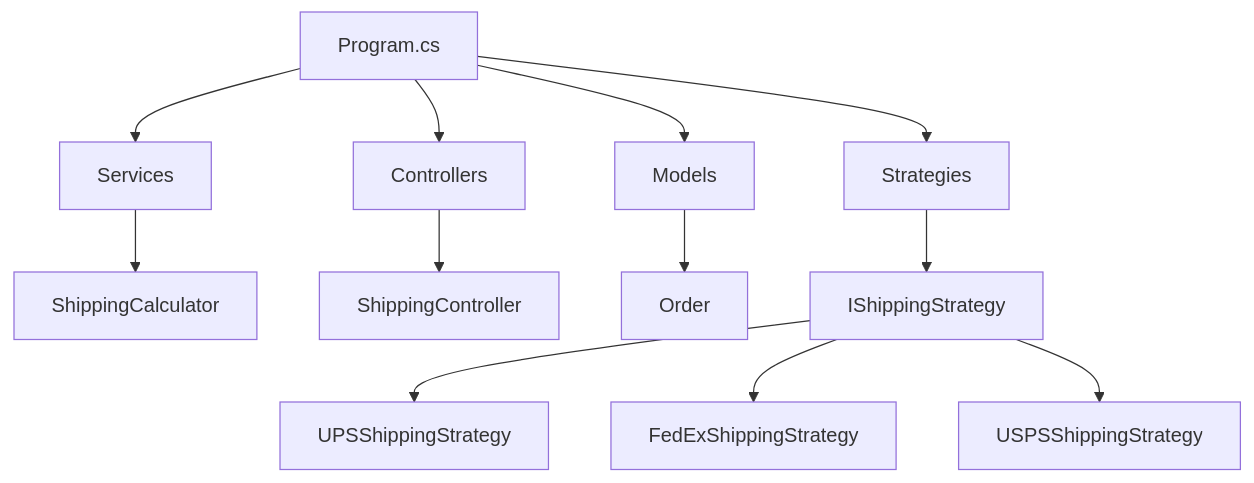
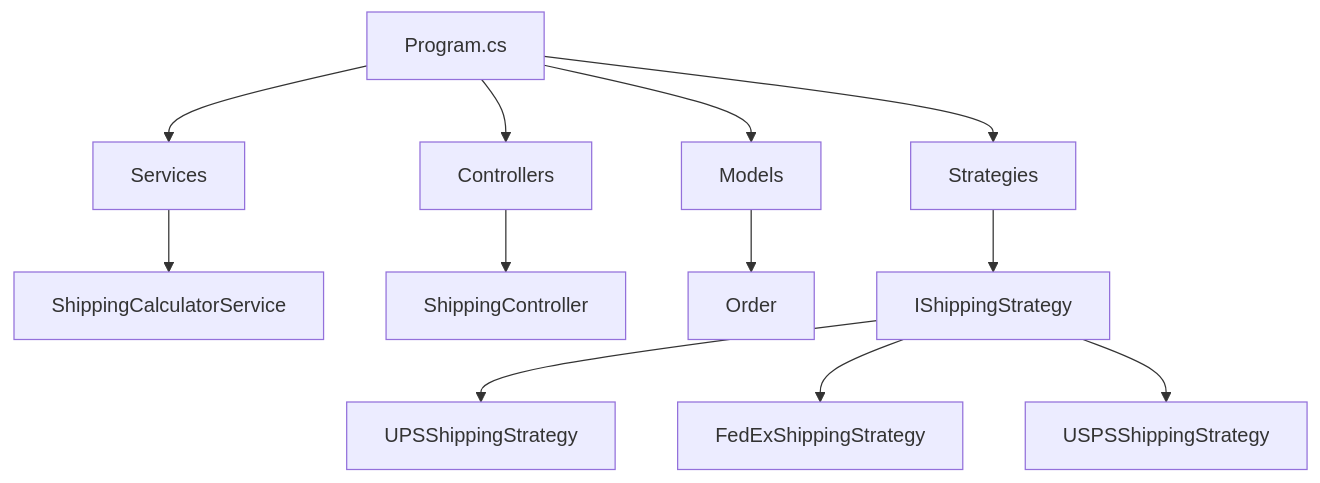
The diagram in README.md (IsaStart/ShippingCalculator-StrategyPattern), drawn with Mermaid before and after one commit.

Commit message:
update diagram

````diff
--- a/README.md
+++ b/README.md
@@ -19,17 +19,17 @@
 ```mermaid
 graph TD
     A[Program.cs] --> B[Services]
-    B --> C[ShippingCalculator]
+    B --> C[ShippingCalculatorService]
 
     A --> D[Controllers]
     D --> E[ShippingController]
 
     A --> F[Models]
     F --> G[Order]
 
     A --> H[Strategies]
     H --> I[IShippingStrategy]
     I --> J[UPSShippingStrategy]
     I --> K[FedExShippingStrategy]
     I --> L[USPSShippingStrategy]
 ```
````
